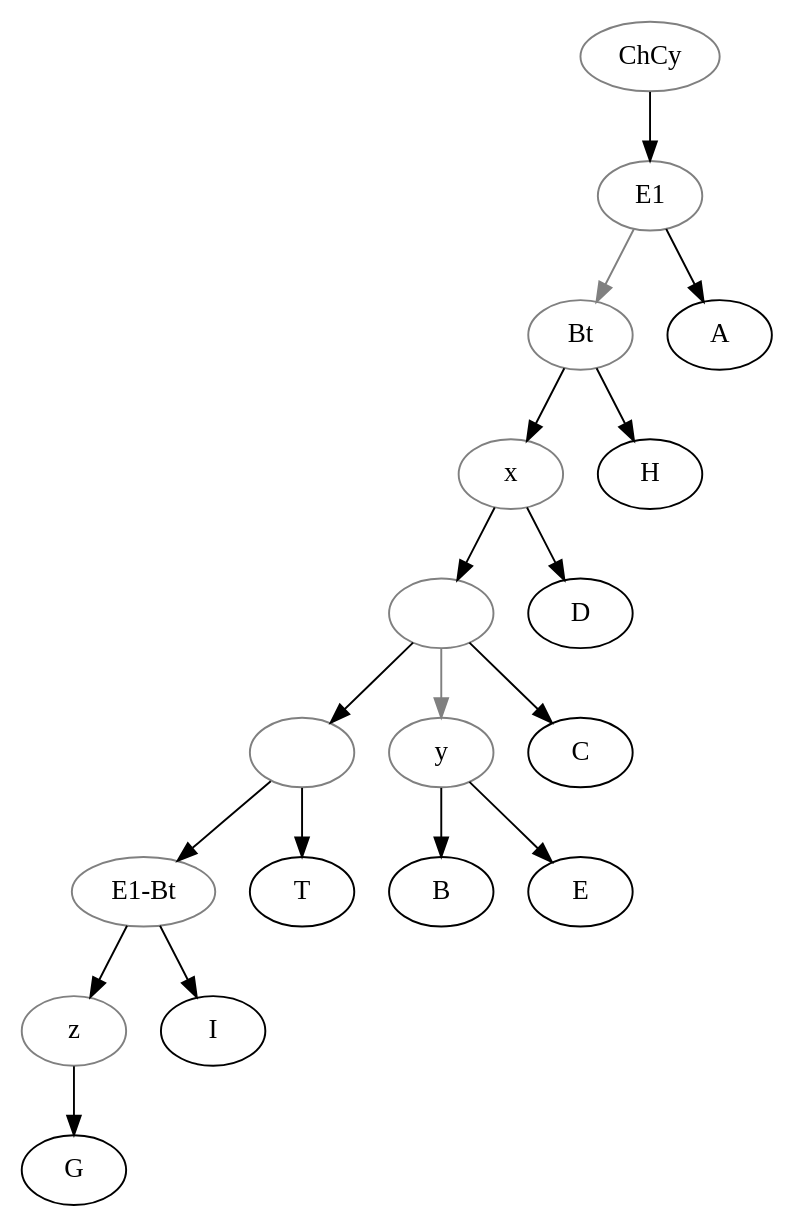
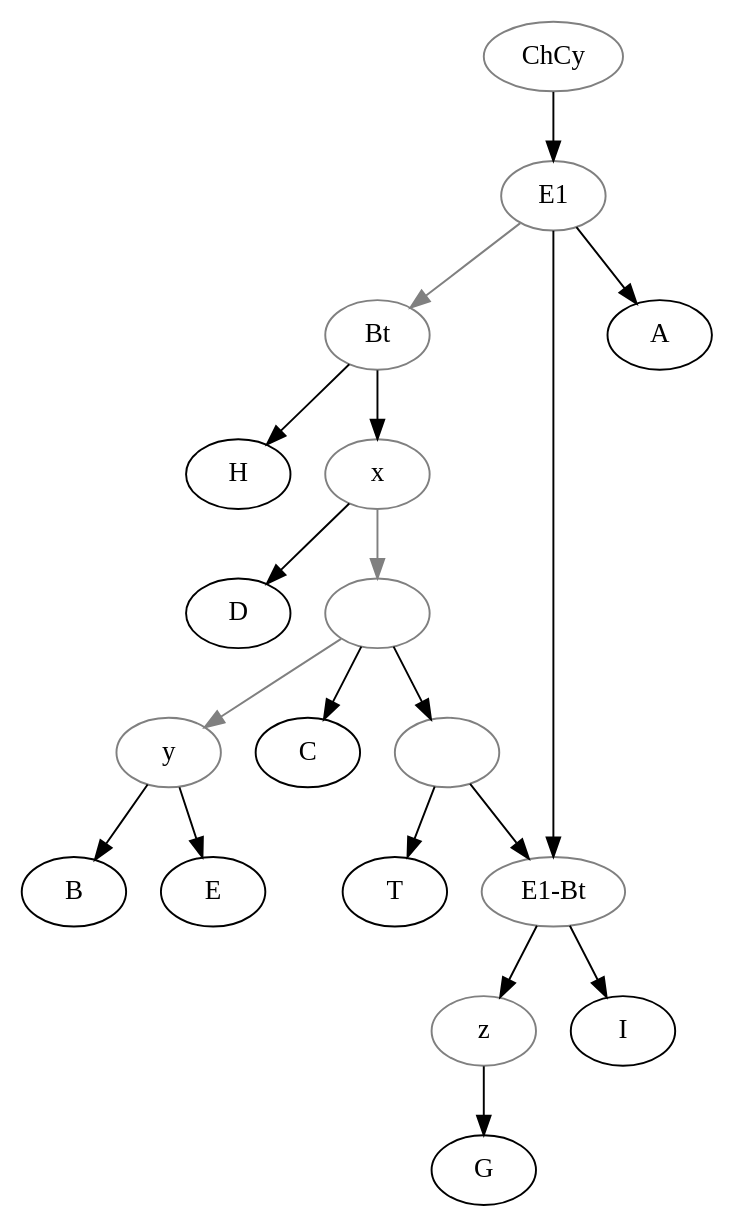
Before and after one commit to OpenStemmata/database: the diagram in data/fro/Nelson_1985_NaissanceChevCygne/stemma.gv, drawn with Graphviz. The commit also changed 1 other file, not shown here.

```diff
--- a/data/fro/Nelson_1985_NaissanceChevCygne/stemma.gv
+++ b/data/fro/Nelson_1985_NaissanceChevCygne/stemma.gv
@@ -1,31 +1,32 @@
 digraph {
 
 ChCy[color="grey"];
 E1[color="grey"];
 Bt[color="grey"];
 1[color="grey", label=""];
 2[color="grey", label=""];
 E1Bt[color="grey", label="E1-Bt"];
 x[color="grey"];
 y[color="grey"];
 z[color="grey"];
 
 ChCy->E1;
 E1->A;
 E1->Bt[color="grey"];
 Bt->H;
 Bt->x;
 x->D;
-x->1;
+x->1[color="grey"];
 1->C;
 1->y[color="grey"];
 y->B;
 y->E;
 1->2;
 2->T;
 2->E1Bt
 E1Bt->z;
 z->G;
 E1Bt->I;
+E1->E1Bt;
 
 }
```
